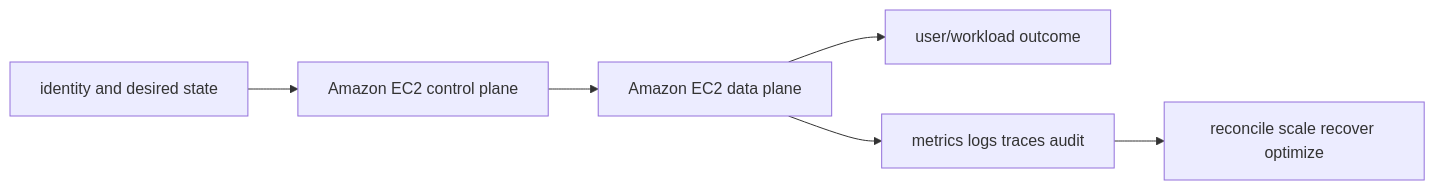
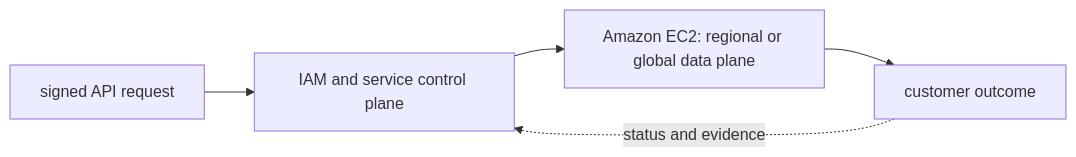
The diagram in 07-aws/03-compute/01-ec2/README.md (tomkidumbuyo/DevOps-interview-preparation), drawn with Mermaid before and after one commit. The commit also changed other lines of this file and 753 other files, not shown here.

````diff
--- a/07-aws/03-compute/01-ec2/README.md
+++ b/07-aws/03-compute/01-ec2/README.md
@@ -19,8 +31,7 @@
 ```mermaid
 flowchart LR
-  I[identity and desired state] --> C[Amazon EC2 control plane]
-  C --> D[Amazon EC2 data plane]
-  D --> U[user/workload outcome]
-  D --> O[metrics logs traces audit]
-  O --> R[reconcile scale recover optimize]
+  A["signed API request"] --> B["IAM and service control plane"]
+  B --> C["Amazon EC2: regional or global data plane"]
+  C --> D["customer outcome"]
+  D -. "status and evidence" .-> B
 ```
````
